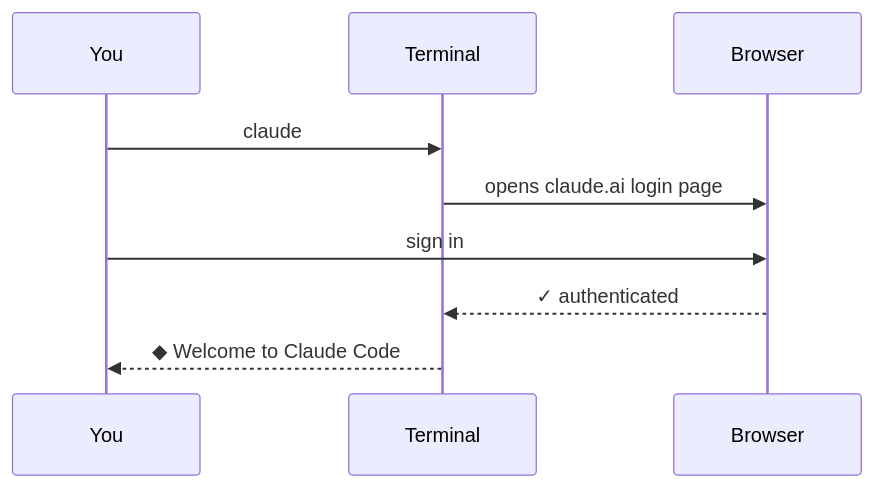
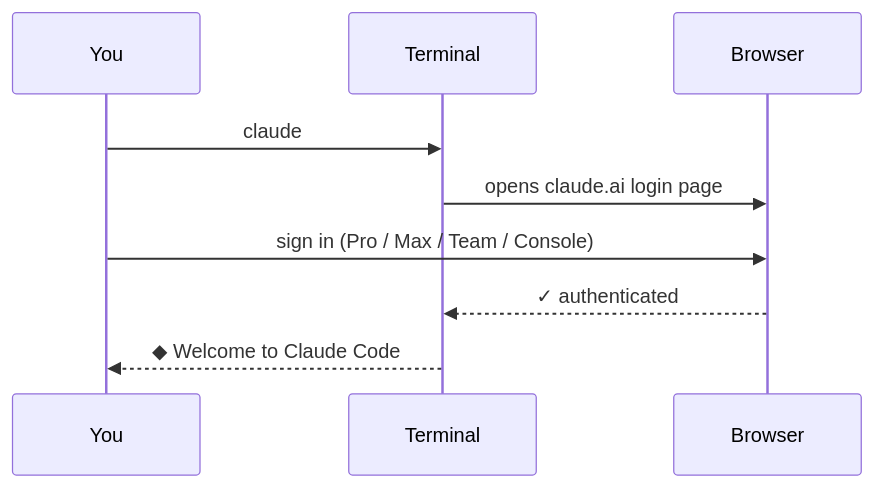
One commit to velesnitski/claude-code-quickstart changed the second of 2 diagrams in docs/02-install.md. Above: the diagram before and after it, drawn with Mermaid. The commit also changed other lines of this file and 2 other files, not shown here.

````diff
--- a/docs/02-install.md
+++ b/docs/02-install.md
@@ -65,11 +113,11 @@
 ```mermaid
 sequenceDiagram
     participant You
     participant Terminal as Terminal
     participant Browser
     You->>Terminal: claude
     Terminal->>Browser: opens claude.ai login page
-    You->>Browser: sign in
+    You->>Browser: sign in (Pro / Max / Team / Console)
     Browser-->>Terminal: ✓ authenticated
     Terminal-->>You: ◆ Welcome to Claude Code
 ```
````
